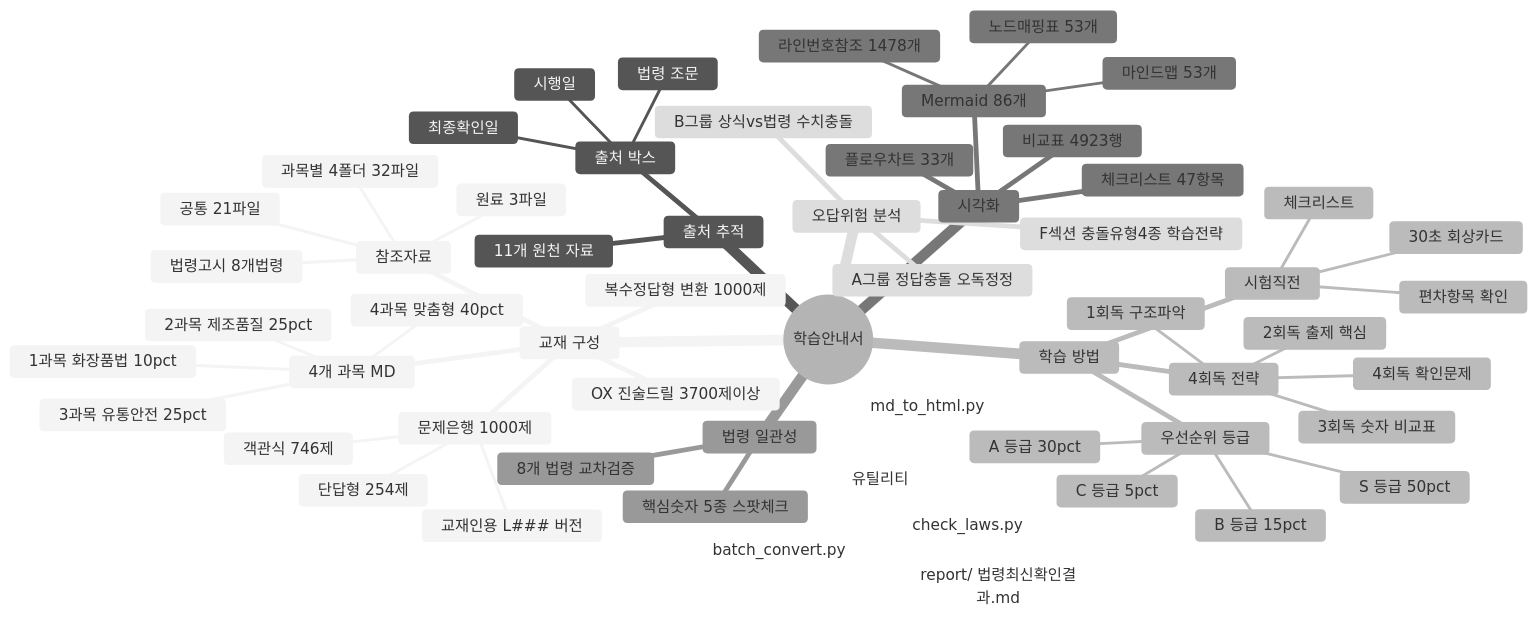
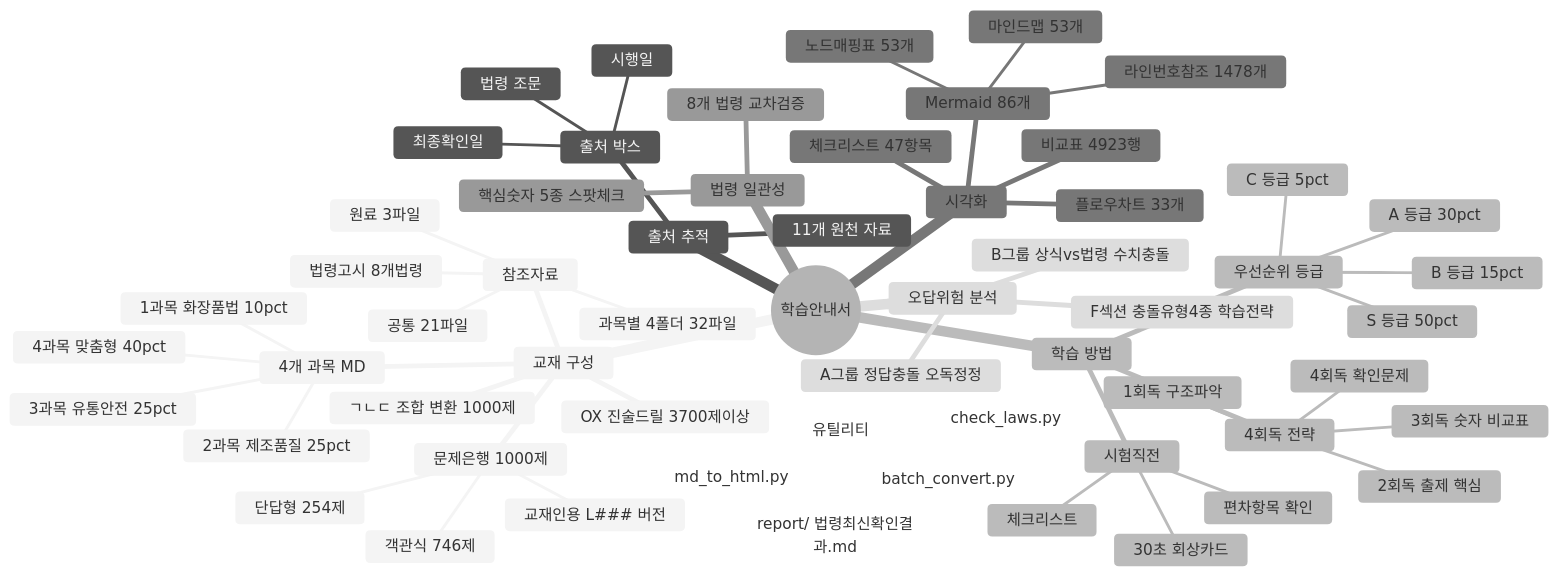
One commit to skygoldlee-cyber/Personalized_Skincare changed the diagram in content/exams/cosmetic/docs/학습안내서.md. Above: the diagram before and after it, drawn with Mermaid (neutral theme). The commit also changed other lines of this file and 21 other files, not shown here.

First line of the commit message:
refactor(ui): 문제집 명칭 정리 — 복수정답형 → ㄱㄴㄷ 조합형 일원화

````diff
--- a/content/exams/cosmetic/docs/학습안내서.md
+++ b/content/exams/cosmetic/docs/학습안내서.md
@@ -33,62 +33,62 @@
 ```mermaid
 mindmap
   root((학습안내서))
     교재 구성
       4개 과목 MD
         1과목 화장품법 10pct
         2과목 제조품질 25pct
         3과목 유통안전 25pct
         4과목 맞춤형 40pct
       문제은행 1000제
         객관식 746제
         단답형 254제
         교재인용 L### 버전
-      복수정답형 변환 1000제
+      ㄱㄴㄷ 조합 변환 1000제
       OX 진술드릴 3700제이상
       참조자료
         과목별 4폴더 32파일
         공통 21파일
         원료 3파일
         법령고시 8개법령
     출처 추적
       출처 박스
         법령 조문
         시행일
         최종확인일
       11개 원천 자료
     학습 방법
       우선순위 등급
         S 등급 50pct
         A 등급 30pct
         B 등급 15pct
         C 등급 5pct
       4회독 전략
         1회독 구조파악
         2회독 출제 핵심
         3회독 숫자 비교표
         4회독 확인문제
       시험직전
         30초 회상카드
         체크리스트
         편차항목 확인
     시각화
       Mermaid 86개
         마인드맵 53개
         노드매핑표 53개
         라인번호참조 1478개
       플로우차트 33개
       비교표 4923행
       체크리스트 47항목
     법령 일관성
       8개 법령 교차검증
       핵심숫자 5종 스팟체크
     오답위험 분석
       A그룹 정답충돌 오독정정
       B그룹 상식vs법령 수치충돌
       F섹션 충돌유형4종 학습전략
     유틸리티
       md_to_html.py
       batch_convert.py
       check_laws.py
       report/ 법령최신확인결과.md
 ```
````
